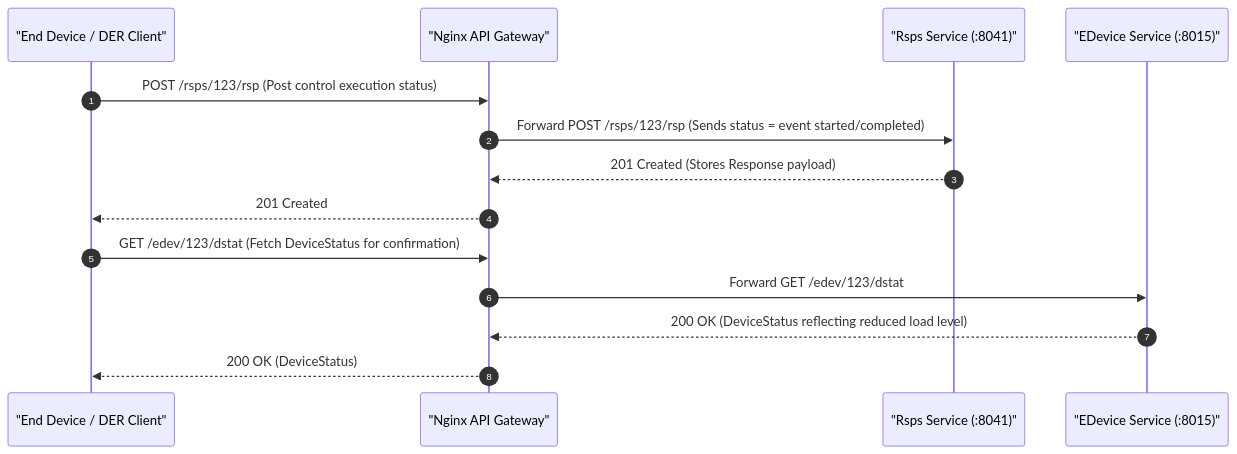
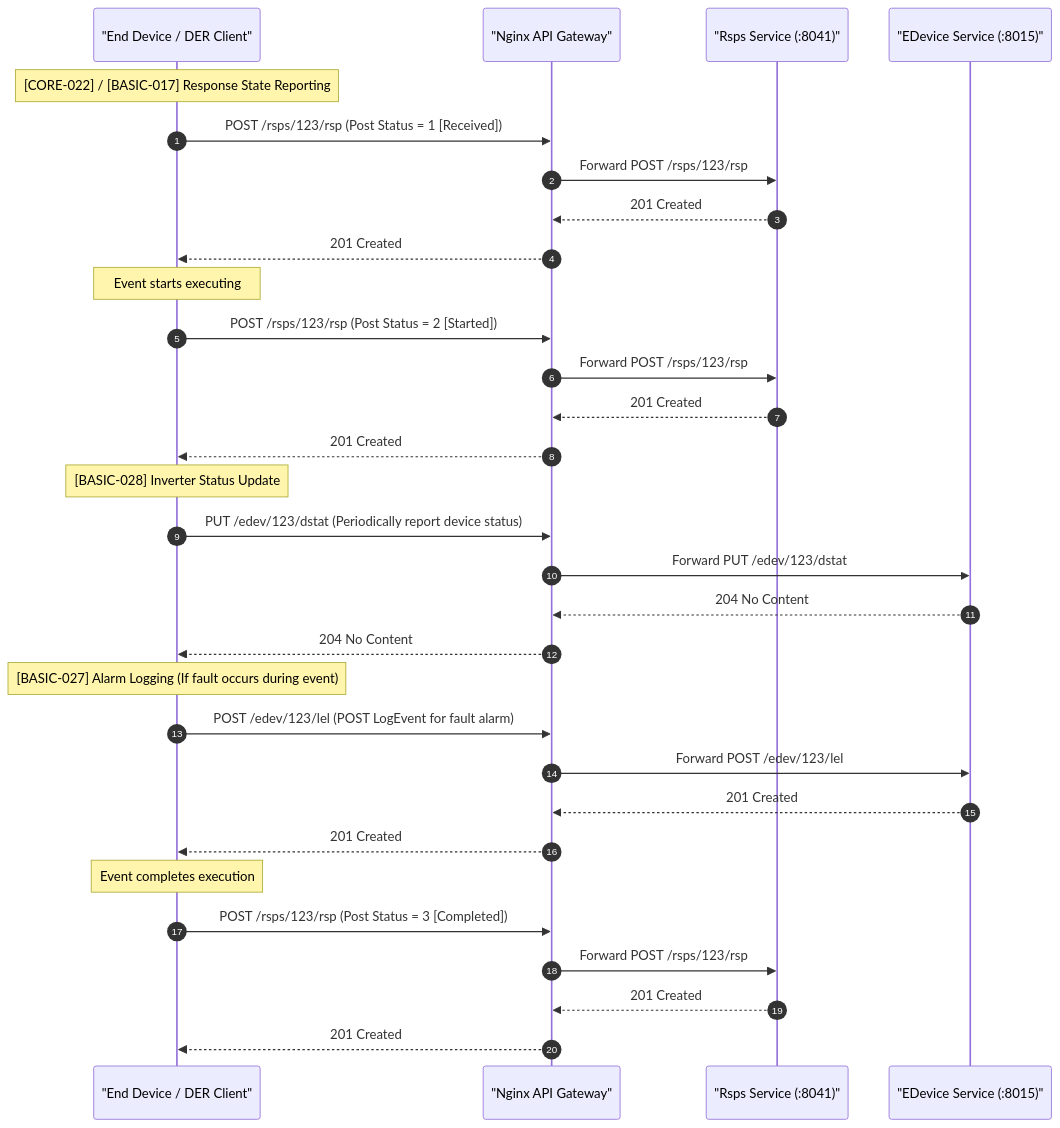
The fifth of 6 diagrams in lifecycles/blackstart.md (Tylores/egot), drawn with Mermaid before and after one commit. The commit also changed other lines of this file and 68 other files, not shown here.

Commit message:
refactor: migrate to microservices architecture, add validation tools and scenario tests

````diff
--- a/lifecycles/blackstart.md
+++ b/lifecycles/blackstart.md
@@ -93,18 +131,38 @@
 ```mermaid
 sequenceDiagram
     autonumber
     participant Client as "End Device / DER Client"
     participant GW as "Nginx API Gateway"
     participant RSPS as "Rsps Service (:8041)"
     participant EDev as "EDevice Service (:8015)"
 
-    Client->>GW: POST /rsps/123/rsp (Post control execution status)
-    GW->>RSPS: Forward POST /rsps/123/rsp (Sends status = event started/completed)
-    RSPS-->>GW: 201 Created (Stores Response payload)
+    Note over Client: [CORE-022] / [BASIC-017] Response State Reporting
+    Client->>GW: POST /rsps/123/rsp (Post Status = 1 [Received])
+    GW->>RSPS: Forward POST /rsps/123/rsp
+    RSPS-->>GW: 201 Created
     GW-->>Client: 201 Created
 
-    Client->>GW: GET /edev/123/dstat (Fetch DeviceStatus for confirmation)
-    GW->>EDev: Forward GET /edev/123/dstat
-    EDev-->>GW: 200 OK (DeviceStatus reflecting reduced load level)
-    GW-->>Client: 200 OK (DeviceStatus)
+    Note over Client: Event starts executing
+    Client->>GW: POST /rsps/123/rsp (Post Status = 2 [Started])
+    GW->>RSPS: Forward POST /rsps/123/rsp
+    RSPS-->>GW: 201 Created
+    GW-->>Client: 201 Created
+
+    Note over Client: [BASIC-028] Inverter Status Update
+    Client->>GW: PUT /edev/123/dstat (Periodically report device status)
+    GW->>EDev: Forward PUT /edev/123/dstat
+    EDev-->>GW: 204 No Content
+    GW-->>Client: 204 No Content
+
+    Note over Client: [BASIC-027] Alarm Logging (If fault occurs during event)
+    Client->>GW: POST /edev/123/lel (POST LogEvent for fault alarm)
+    GW->>EDev: Forward POST /edev/123/lel
+    EDev-->>GW: 201 Created
+    GW-->>Client: 201 Created
+
+    Note over Client: Event completes execution
+    Client->>GW: POST /rsps/123/rsp (Post Status = 3 [Completed])
+    GW->>RSPS: Forward POST /rsps/123/rsp
+    RSPS-->>GW: 201 Created
+    GW-->>Client: 201 Created
 ```
````
